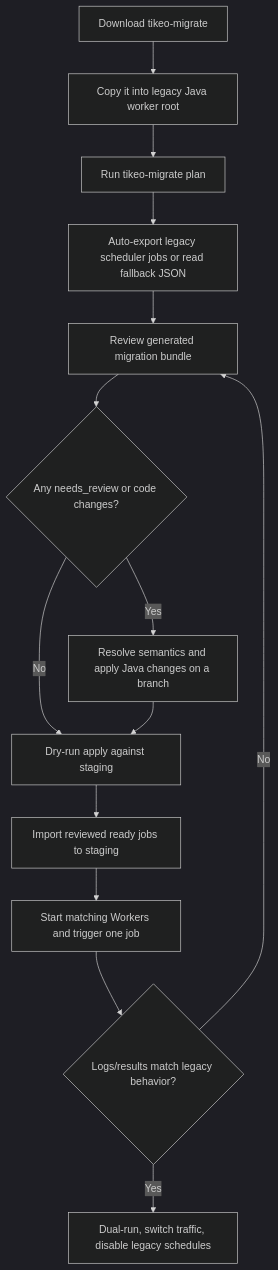
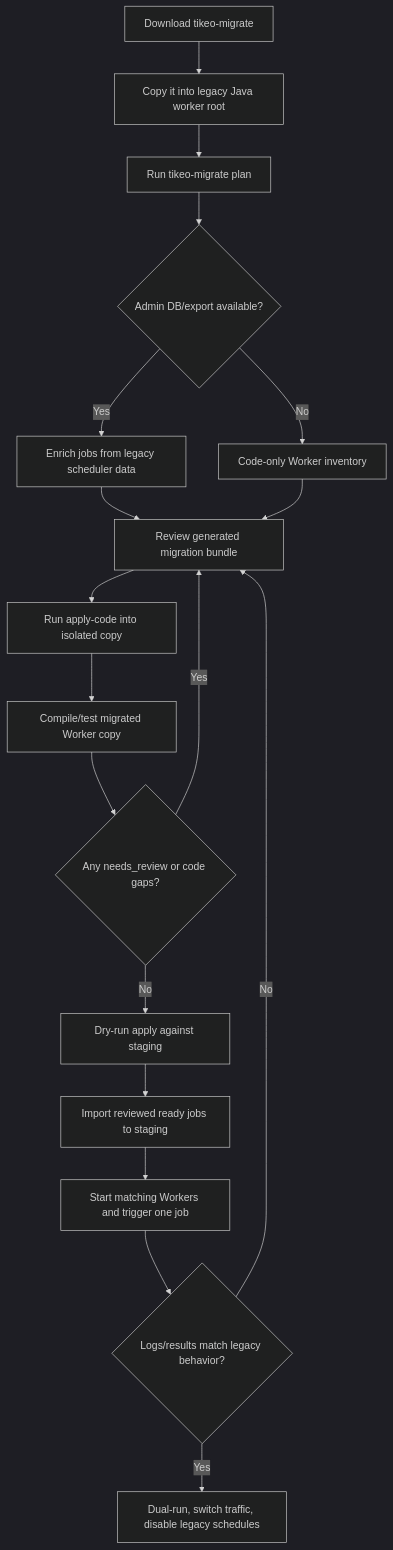
One commit to yhyzgn/tikeo changed the diagram in README.md. Above: the diagram before and after it, drawn with Mermaid (dark theme). The commit also changed other lines of this file and 6 other files, not shown here.

Commit message:
feat: add automatic worker migration apply

````diff
--- a/README.md
+++ b/README.md
@@ -265,16 +268,20 @@
 ```mermaid
 flowchart TD
   A[Download tikeo-migrate] --> B[Copy it into legacy Java worker root]
   B --> C[Run tikeo-migrate plan]
-  C --> D[Auto-export legacy scheduler jobs or read fallback JSON]
-  D --> E[Review generated migration bundle]
-  E --> F{Any needs_review or code changes?}
-  F -- Yes --> G[Resolve semantics and apply Java changes on a branch]
-  F -- No --> H[Dry-run apply against staging]
-  G --> H
-  H --> I[Import reviewed ready jobs to staging]
-  I --> J[Start matching Workers and trigger one job]
-  J --> K{Logs/results match legacy behavior?}
-  K -- No --> E
-  K -- Yes --> L[Dual-run, switch traffic, disable legacy schedules]
+  C --> D{Admin DB/export available?}
+  D -- Yes --> E[Enrich jobs from legacy scheduler data]
+  D -- No --> F[Code-only Worker inventory]
+  E --> G[Review generated migration bundle]
+  F --> G
+  G --> H[Run apply-code into isolated copy]
+  H --> I[Compile/test migrated Worker copy]
+  I --> J{Any needs_review or code gaps?}
+  J -- Yes --> G
+  J -- No --> K[Dry-run apply against staging]
+  K --> L[Import reviewed ready jobs to staging]
+  L --> M[Start matching Workers and trigger one job]
+  M --> N{Logs/results match legacy behavior?}
+  N -- No --> G
+  N -- Yes --> O[Dual-run, switch traffic, disable legacy schedules]
 ```
````
